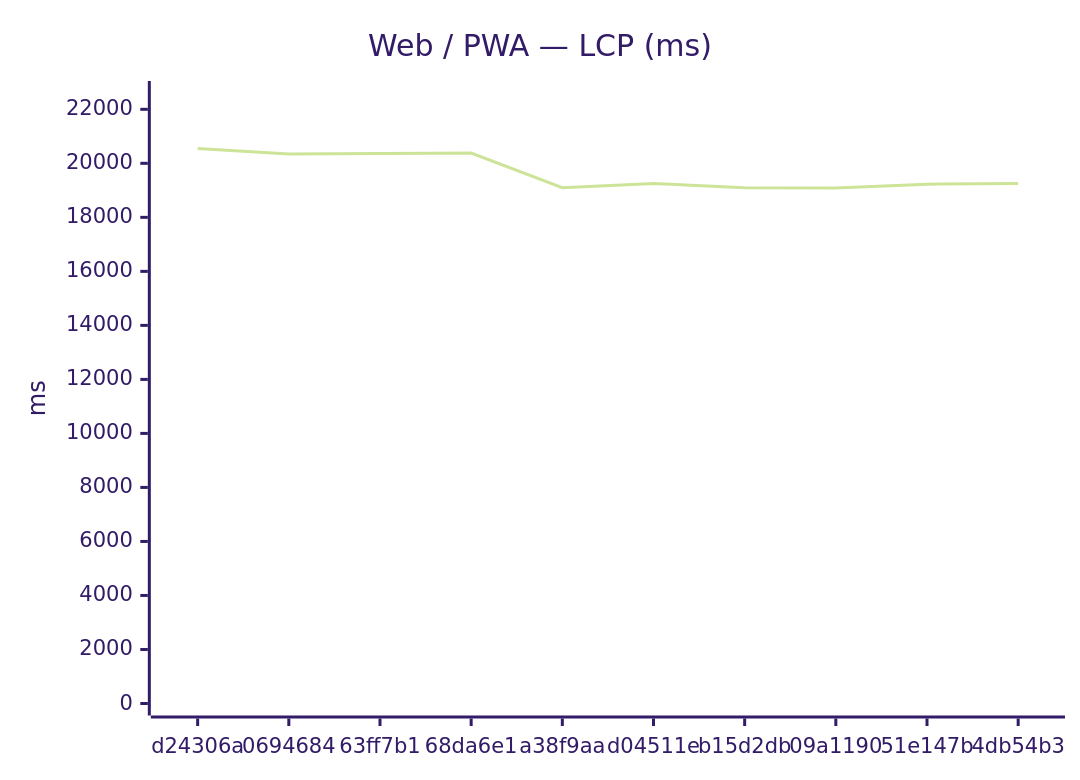
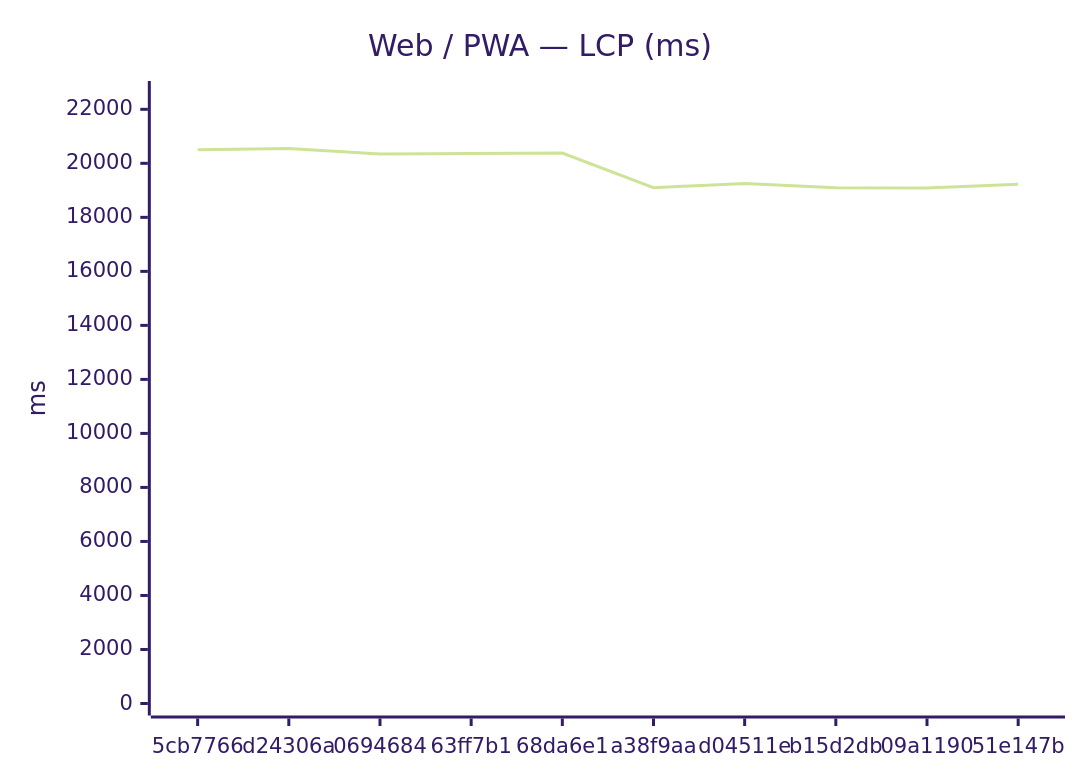
Before and after one commit to Metaheurist/Rianell: the first of 18 diagrams in benchmarks/compare.md, drawn with Mermaid (forest theme). The commit also changed other lines of this file and 11 other files, not shown here.

````diff
--- a/benchmarks/compare.md
+++ b/benchmarks/compare.md
@@ -24,7 +24,7 @@
 ```mermaid
 xychart-beta
     title "Web / PWA — LCP (ms)"
-    x-axis ["d24306a", "0694684", "63ff7b1", "68da6e1", "a38f9aa", "d04511e", "b15d2db", "09a1190", "51e147b", "4db54b3"]
+    x-axis ["5cb7766", "d24306a", "0694684", "63ff7b1", "68da6e1", "a38f9aa", "d04511e", "b15d2db", "09a1190", "51e147b"]
     y-axis "ms" 0 --> 22604
-    line [20549, 20346, 20361, 20380, 19099, 19257, 19097, 19090, 19227, 19255]
+    line [20504, 20549, 20346, 20361, 20380, 19099, 19257, 19097, 19090, 19227]
 ```
````
